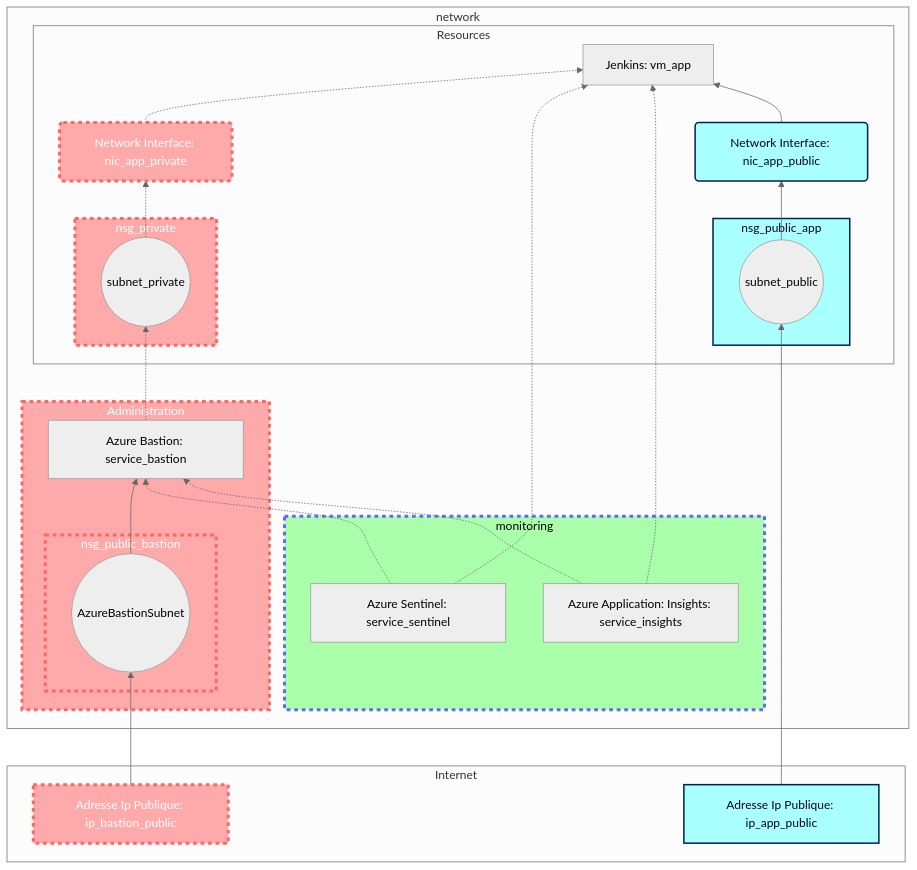
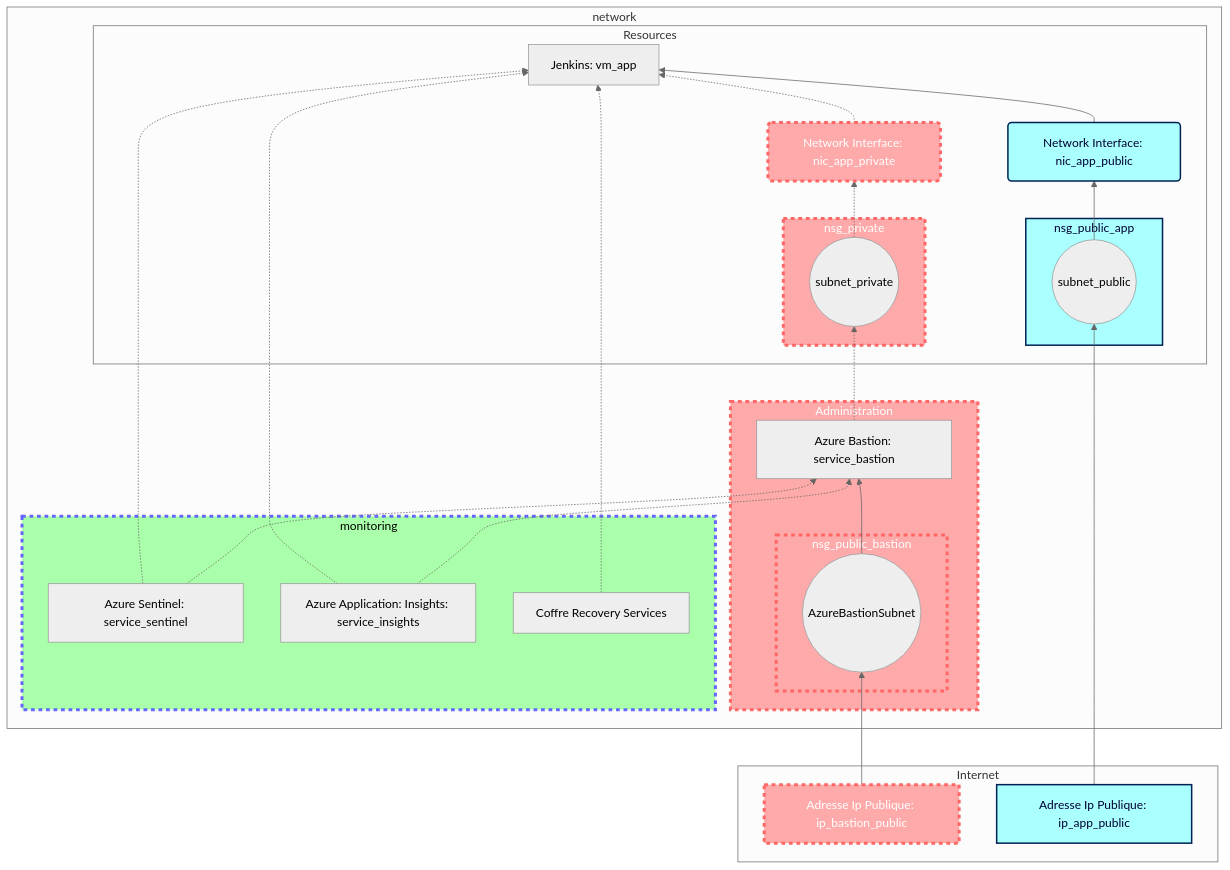
The diagram in README.md (b-quentin/simplon_brief3), drawn with Mermaid (neutral theme) before and after one commit. The commit also changed other lines of this file, not shown here.

Commit message:
Modification du README.md: Ajout du coffre dans la topologie.

````diff
--- a/README.md
+++ b/README.md
@@ -11,67 +11,70 @@
 ```mermaid
 graph BT
     subgraph Internet
         ip_bastion_public[Adresse Ip Publique: ip_bastion_public]
         ip_app_public[Adresse Ip Publique: ip_app_public]
     end
 
 
     ip_bastion_public --> subnet_bastion
     ip_app_public --> subnet_public_app
 
     subnet_public_app --> nic_app_public
     subnet_bastion --> service_bastion
 
 
 
 
     subgraph network
         subgraph Administration
             subgraph nsg_public_bastion
                 subnet_bastion((AzureBastionSubnet))
             end
 
             service_bastion[Azure Bastion: service_bastion]
 
         end
 
         subgraph monitoring
             service_sentinel[Azure Sentinel: service_sentinel]
             service_insights[Azure Application: Insights: service_insights]
+            service_vault[Coffre Recovery Services]
         end
 
         subgraph Resources
             subgraph nsg_private
                 subnet_private((subnet_private))
             end
 
             subgraph nsg_public_app
                     subnet_public_app((subnet_public))
             end
 
             vm_app[Jenkins: vm_app]
             nic_app_public(Network Interface: nic_app_public)
             nic_app_private(Network Interface: nic_app_private)
+
+            service_vault -.-> vm_app
 
             service_bastion -.-> subnet_private
             subnet_private -.-> nic_app_private
             nic_app_private -.-> vm_app
 
             service_sentinel -.-> vm_app
             service_sentinel -.-> service_bastion
 
             service_insights -.-> vm_app
             service_insights -.-> service_bastion
         end
 
         nic_app_public --> vm_app
     end
 
     classDef primary fill:#faa,stroke:#f66,stroke-width:4px,color:#fff,stroke-dasharray: 5 5;
     class ip_bastion_public,Administration,nsg_public_bastion,nsg_private,nic_app_private, primary;
     classDef secondary fill:#aff,stroke:#025,stroke-width:2px,color:#003;
     class ip_app_public,nsg_public_app,nic_app_public, secondary;
     classDef tertiary fill:#afa,stroke:#66f,stroke-width:4px,color:#000,stroke-dasharray: 5 5;
     class monitoring,BBBB,CCCC, tertiary;
 
 ```
````
